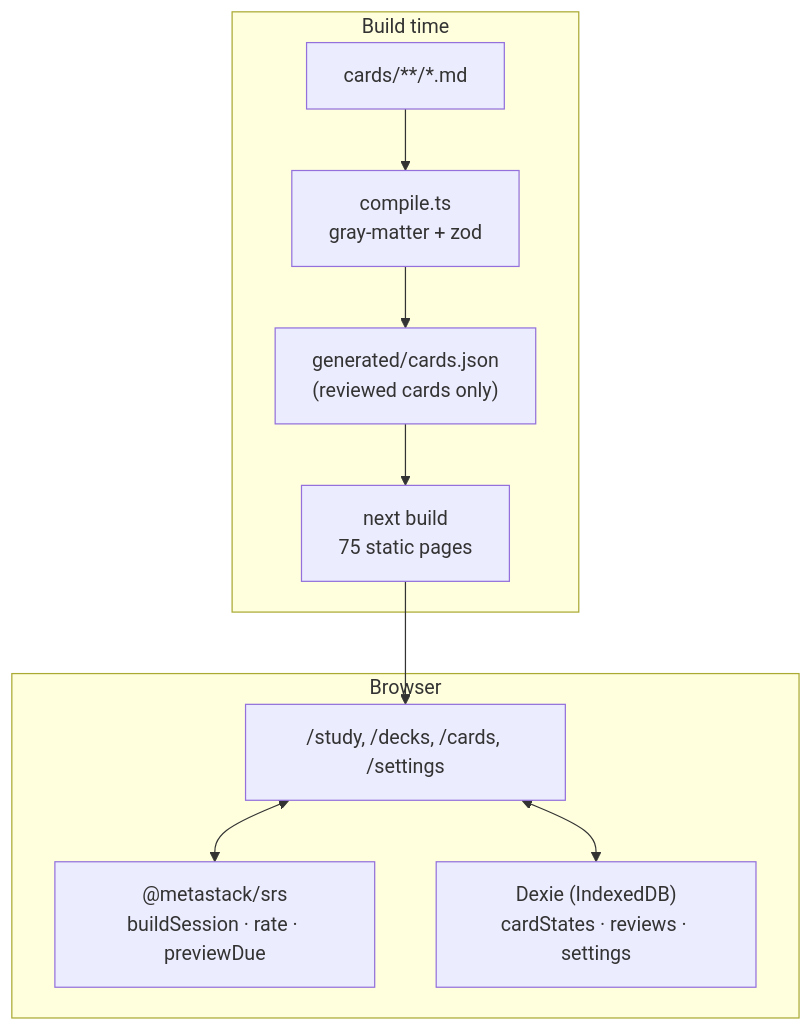
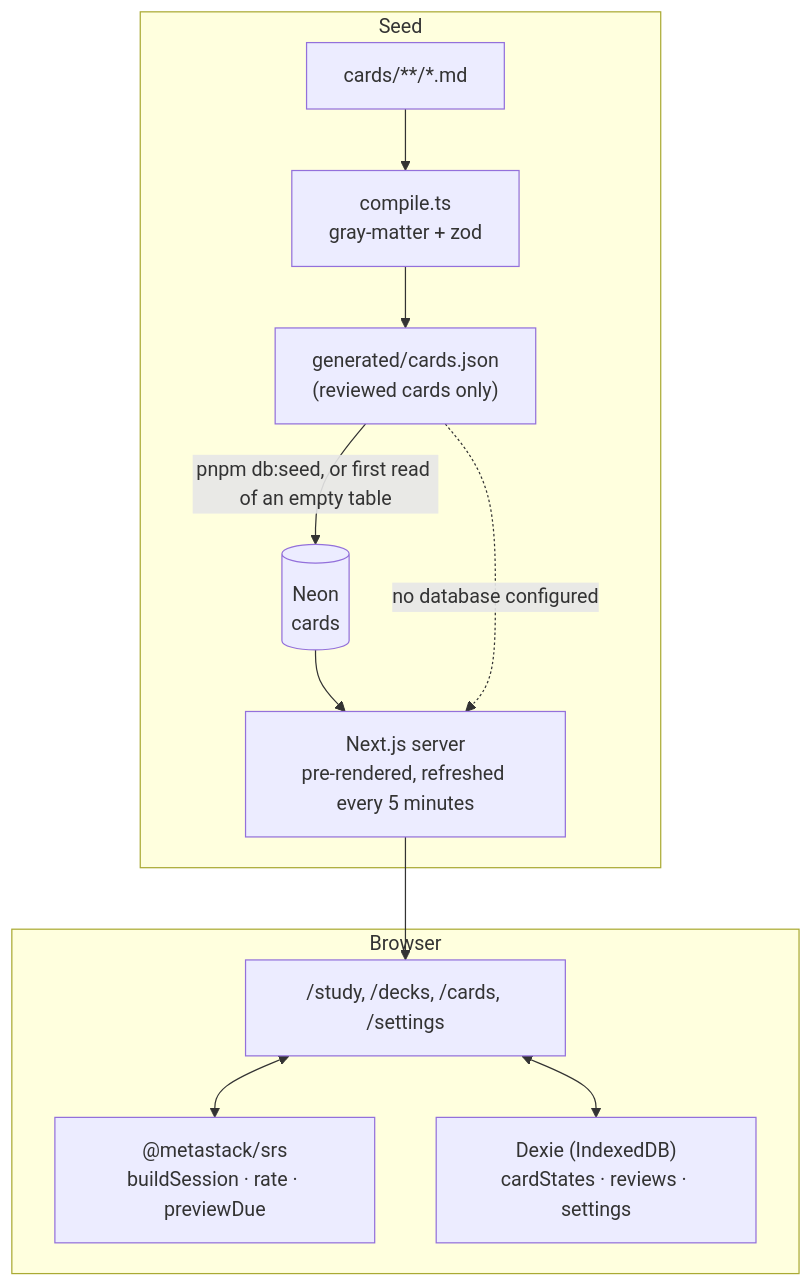
Before and after one commit to masaok/metastack: the diagram in docs/ARCHITECTURE.md, drawn with Mermaid. The commit also changed other lines of this file and 33 other files, not shown here.

First line of the commit message:
feat(web): serve cards from the Neon cards table

````diff
--- a/docs/ARCHITECTURE.md
+++ b/docs/ARCHITECTURE.md
@@ -5,16 +5,18 @@
 ```mermaid
 flowchart TB
-  subgraph build["Build time"]
+  subgraph build["Seed"]
     md["cards/**/*.md"] --> compile["compile.ts<br/>gray-matter + zod"]
     compile --> json["generated/cards.json<br/>(reviewed cards only)"]
-    json --> next["next build<br/>75 static pages"]
+    json -->|"pnpm db:seed, or first read of an empty table"| neon[("Neon<br/>cards")]
+    neon --> next["Next.js server<br/>pre-rendered, refreshed every 5 minutes"]
+    json -.->|"no database configured"| next
   end
   subgraph browser["Browser"]
     page["/study, /decks, /cards, /settings"]
     srs["@metastack/srs<br/>buildSession · rate · previewDue"]
     dexie["Dexie (IndexedDB)<br/>cardStates · reviews · settings"]
     page <--> srs
     page <--> dexie
   end
   next --> page
 ```
````
